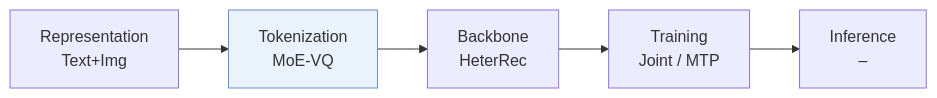
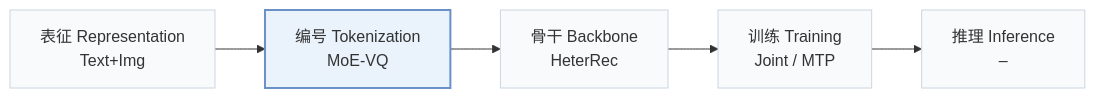
One commit to Galaxy-ghost/Awesome-SID-Generative-Rec changed the first of 2 diagrams in pages/zh/papers/mmq.md. Above: the diagram before and after it, drawn with Mermaid. The commit also changed other lines of this file and 649 other files, not shown here.

Commit message:
writer-05: also tags and modality index (schema, check, build, visuals); summary field removed; calibration data for 12 papers

````diff
--- a/pages/zh/papers/mmq.md
+++ b/pages/zh/papers/mmq.md
@@ -13,6 +15,8 @@
 ```mermaid
 flowchart LR
-    R["Representation<br/>Text+Img"] --> T["Tokenization<br/>MoE-VQ"] --> B["Backbone<br/>HeterRec"] --> TR["Training<br/>Joint / MTP"] --> I["Inference<br/>–"]
-    classDef main fill:#eaf2fb,stroke:#6b8fc7
+    R["表征 Representation<br/>Text+Img"] --> T["编号 Tokenization<br/>MoE-VQ"] --> B["骨干 Backbone<br/>HeterRec"] --> TR["训练 Training<br/>Joint / MTP"] --> I["推理 Inference<br/>–"]
+    classDef base fill:#f8fafc,stroke:#cbd5e1
+    class R,T,B,TR,I base
+    classDef main fill:#eaf2fb,stroke:#6b8fc7,stroke-width:2px
     class T main
 ```
````
